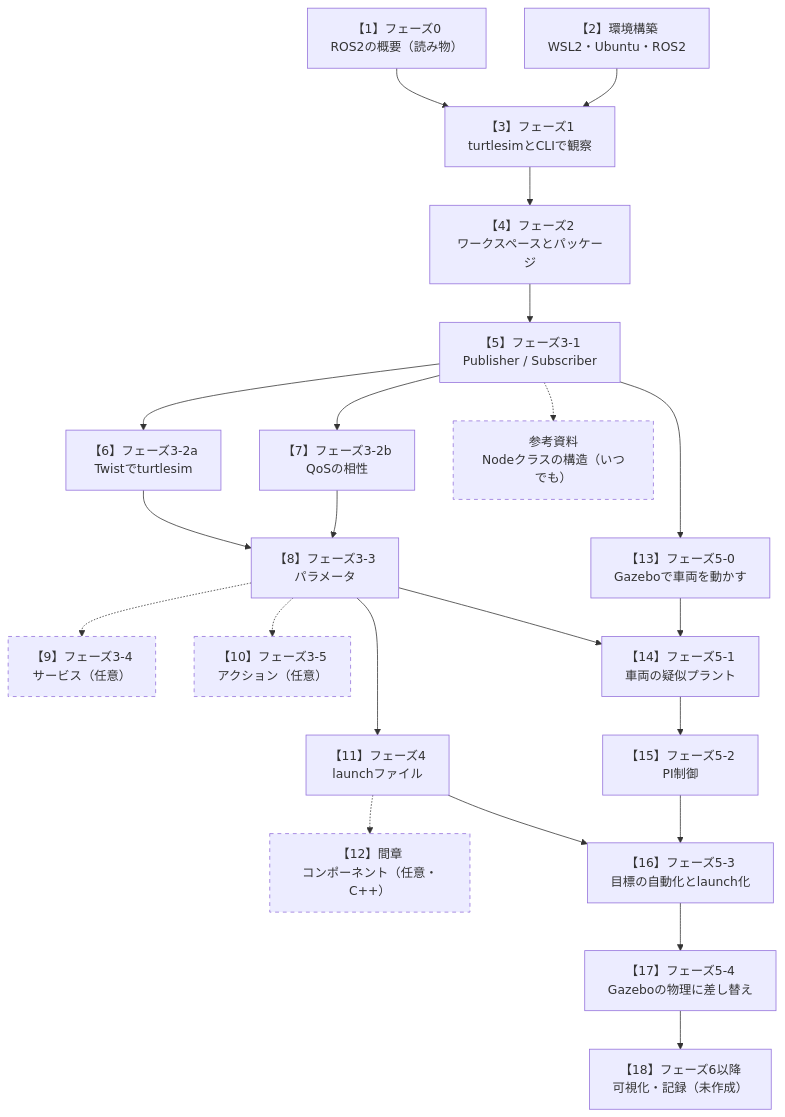
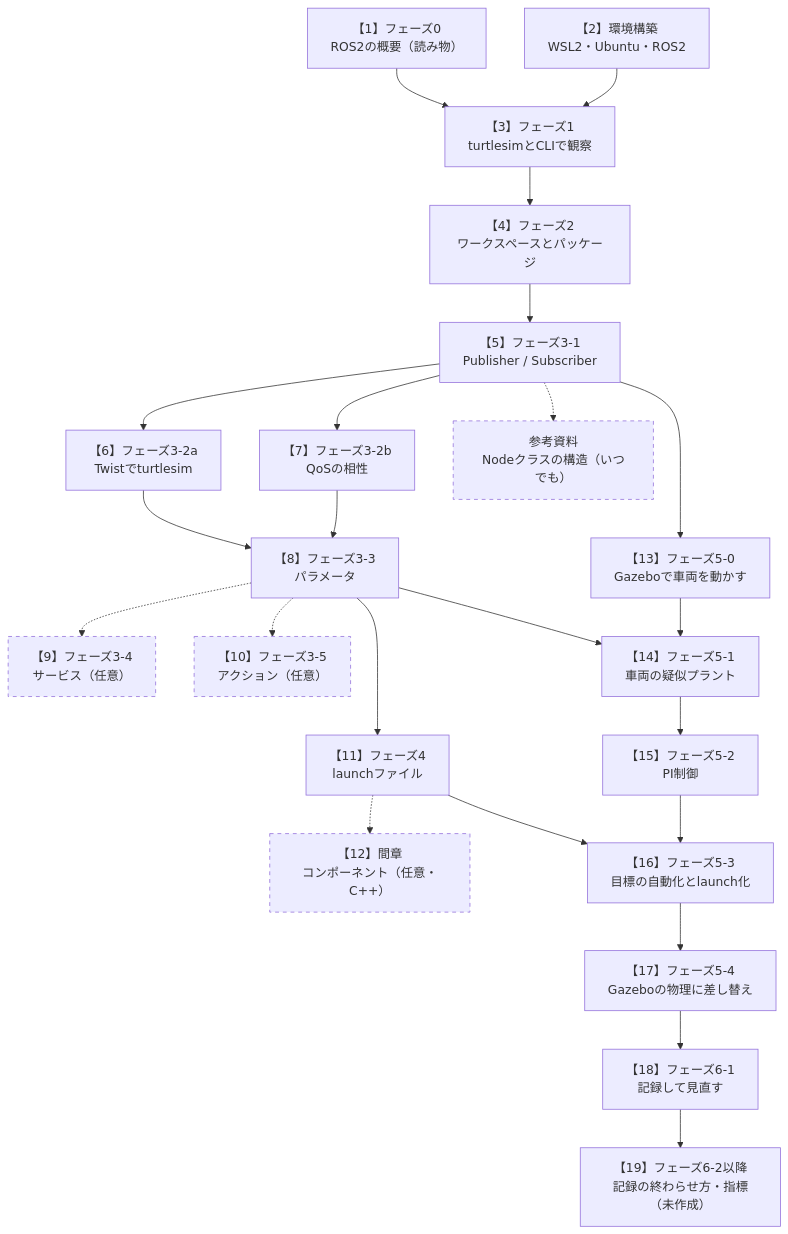
The diagram in README.md (SanghunIm1991/ros2MinimalPhysicalAi), drawn with Mermaid before and after one commit. The commit also changed other lines of this file and 6 other files, not shown here.

Commit message:
[claude] フェーズ6-1の手順書（ros2 bagで記録・再生、target_generatorのend_timeとlaunchのon_exit=Shutdownで決めた時間で記録を終わらせる、5-3と5-4の記録をremapして重ねる）と図を追加し、README・学習計画・5-3・5-4の案内を更新

````diff
--- a/README.md
+++ b/README.md
@@ -89,27 +89,28 @@
 ```mermaid
 flowchart TB
     P0["【1】フェーズ0<br/>ROS2の概要（読み物）"] --> P1
     SETUP["【2】環境構築<br/>WSL2・Ubuntu・ROS2"] --> P1
     P1["【3】フェーズ1<br/>turtlesimとCLIで観察"] --> P2["【4】フェーズ2<br/>ワークスペースとパッケージ"]
     P2 --> P31["【5】フェーズ3-1<br/>Publisher / Subscriber"]
     P31 --> P32a["【6】フェーズ3-2a<br/>Twistでturtlesim"]
     P31 --> P32b["【7】フェーズ3-2b<br/>QoSの相性"]
     P32a --> P33["【8】フェーズ3-3<br/>パラメータ"]
     P32b --> P33
     P33 -.-> P34["【9】フェーズ3-4<br/>サービス（任意）"]
     P33 -.-> P35["【10】フェーズ3-5<br/>アクション（任意）"]
     P33 --> P4["【11】フェーズ4<br/>launchファイル"]
     P4 -.-> INT["【12】間章<br/>コンポーネント（任意・C++）"]
     P31 --> P50["【13】フェーズ5-0<br/>Gazeboで車両を動かす"]
     P33 --> P51["【14】フェーズ5-1<br/>車両の疑似プラント"]
     P50 --> P51
     P51 --> P52["【15】フェーズ5-2<br/>PI制御"]
     P4 --> P53["【16】フェーズ5-3<br/>目標の自動化とlaunch化"]
     P52 --> P53
     P53 --> P54["【17】フェーズ5-4<br/>Gazeboの物理に差し替え"]
-    P54 --> P6["【18】フェーズ6以降<br/>可視化・記録（未作成）"]
+    P54 --> P61["【18】フェーズ6-1<br/>記録して見直す"]
+    P61 --> P62["【19】フェーズ6-2以降<br/>記録の終わらせ方・指標（未作成）"]
     P31 -.-> REF["参考資料<br/>Nodeクラスの構造（いつでも）"]
 
     classDef optional stroke-dasharray: 5 5
     class P34,P35,INT,REF optional
 ```
````
